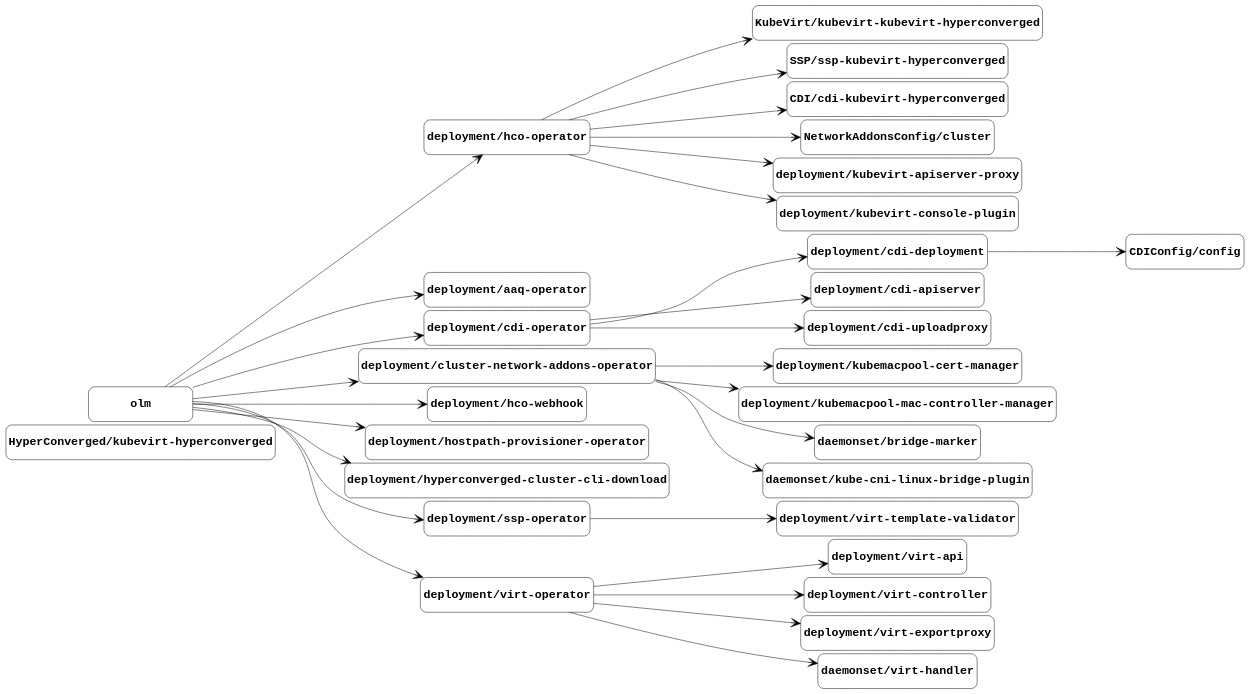
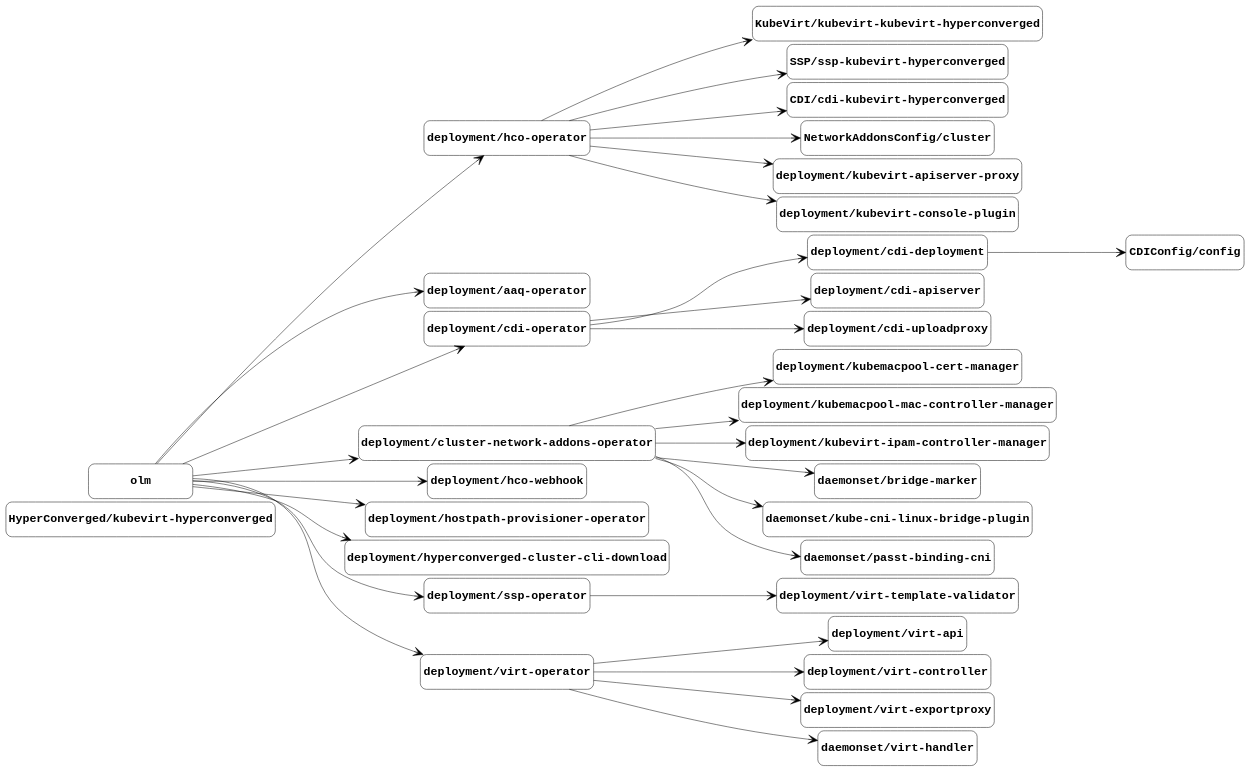
The diagram in docs/managed-by.gv (kubevirt/kubevirt), drawn with Graphviz before and after one commit. The commit also changed 3 other files, not shown here.

Commit message:
Update component graphs from the nightly job (#3193)

```diff
--- a/docs/managed-by.gv
+++ b/docs/managed-by.gv
@@ -1,90 +1,96 @@
 digraph "managed-by" {
 	graph [center=true margin=0.2 nodesep=0.1 rankdir=LR ranksep=2]
 	node [fontname="Courier-Bold" fontsize=24 height=1 shape=box style=rounded width=3]
 	edge [arrowhead=vee arrowsize=2]
 	"HyperConverged/kubevirt-hyperconverged" [label="HyperConverged/kubevirt-hyperconverged"]
 	"KubeVirt/kubevirt-kubevirt-hyperconverged" [label="KubeVirt/kubevirt-kubevirt-hyperconverged"]
 	"deployment/hco-operator" [label="deployment/hco-operator"]
 	"deployment/hco-operator" -> "KubeVirt/kubevirt-kubevirt-hyperconverged"
 	"SSP/ssp-kubevirt-hyperconverged" [label="SSP/ssp-kubevirt-hyperconverged"]
 	"deployment/hco-operator" [label="deployment/hco-operator"]
 	"deployment/hco-operator" -> "SSP/ssp-kubevirt-hyperconverged"
 	"CDI/cdi-kubevirt-hyperconverged" [label="CDI/cdi-kubevirt-hyperconverged"]
 	"deployment/hco-operator" [label="deployment/hco-operator"]
 	"deployment/hco-operator" -> "CDI/cdi-kubevirt-hyperconverged"
 	"CDIConfig/config" [label="CDIConfig/config"]
 	"deployment/cdi-deployment" [label="deployment/cdi-deployment"]
 	"deployment/cdi-deployment" -> "CDIConfig/config"
 	"NetworkAddonsConfig/cluster" [label="NetworkAddonsConfig/cluster"]
 	"deployment/hco-operator" [label="deployment/hco-operator"]
 	"deployment/hco-operator" -> "NetworkAddonsConfig/cluster"
 	"deployment/aaq-operator" [label="deployment/aaq-operator"]
 	olm [label=olm]
 	olm -> "deployment/aaq-operator"
 	"deployment/cdi-apiserver" [label="deployment/cdi-apiserver"]
 	"deployment/cdi-operator" [label="deployment/cdi-operator"]
 	"deployment/cdi-operator" -> "deployment/cdi-apiserver"
 	"deployment/cdi-deployment" [label="deployment/cdi-deployment"]
 	"deployment/cdi-operator" [label="deployment/cdi-operator"]
 	"deployment/cdi-operator" -> "deployment/cdi-deployment"
 	"deployment/cdi-operator" [label="deployment/cdi-operator"]
 	olm [label=olm]
 	olm -> "deployment/cdi-operator"
 	"deployment/cdi-uploadproxy" [label="deployment/cdi-uploadproxy"]
 	"deployment/cdi-operator" [label="deployment/cdi-operator"]
 	"deployment/cdi-operator" -> "deployment/cdi-uploadproxy"
 	"deployment/cluster-network-addons-operator" [label="deployment/cluster-network-addons-operator"]
 	olm [label=olm]
 	olm -> "deployment/cluster-network-addons-operator"
 	"deployment/hco-operator" [label="deployment/hco-operator"]
 	olm [label=olm]
 	olm -> "deployment/hco-operator"
 	"deployment/hco-webhook" [label="deployment/hco-webhook"]
 	olm [label=olm]
 	olm -> "deployment/hco-webhook"
 	"deployment/hostpath-provisioner-operator" [label="deployment/hostpath-provisioner-operator"]
 	olm [label=olm]
 	olm -> "deployment/hostpath-provisioner-operator"
 	"deployment/hyperconverged-cluster-cli-download" [label="deployment/hyperconverged-cluster-cli-download"]
 	olm [label=olm]
 	olm -> "deployment/hyperconverged-cluster-cli-download"
 	"deployment/kubemacpool-cert-manager" [label="deployment/kubemacpool-cert-manager"]
 	"deployment/cluster-network-addons-operator" [label="deployment/cluster-network-addons-operator"]
 	"deployment/cluster-network-addons-operator" -> "deployment/kubemacpool-cert-manager"
 	"deployment/kubemacpool-mac-controller-manager" [label="deployment/kubemacpool-mac-controller-manager"]
 	"deployment/cluster-network-addons-operator" [label="deployment/cluster-network-addons-operator"]
 	"deployment/cluster-network-addons-operator" -> "deployment/kubemacpool-mac-controller-manager"
 	"deployment/kubevirt-apiserver-proxy" [label="deployment/kubevirt-apiserver-proxy"]
 	"deployment/hco-operator" [label="deployment/hco-operator"]
 	"deployment/hco-operator" -> "deployment/kubevirt-apiserver-proxy"
 	"deployment/kubevirt-console-plugin" [label="deployment/kubevirt-console-plugin"]
 	"deployment/hco-operator" [label="deployment/hco-operator"]
 	"deployment/hco-operator" -> "deployment/kubevirt-console-plugin"
+	"deployment/kubevirt-ipam-controller-manager" [label="deployment/kubevirt-ipam-controller-manager"]
+	"deployment/cluster-network-addons-operator" [label="deployment/cluster-network-addons-operator"]
+	"deployment/cluster-network-addons-operator" -> "deployment/kubevirt-ipam-controller-manager"
 	"deployment/ssp-operator" [label="deployment/ssp-operator"]
 	olm [label=olm]
 	olm -> "deployment/ssp-operator"
 	"deployment/virt-api" [label="deployment/virt-api"]
 	"deployment/virt-operator" [label="deployment/virt-operator"]
 	"deployment/virt-operator" -> "deployment/virt-api"
 	"deployment/virt-controller" [label="deployment/virt-controller"]
 	"deployment/virt-operator" [label="deployment/virt-operator"]
 	"deployment/virt-operator" -> "deployment/virt-controller"
 	"deployment/virt-exportproxy" [label="deployment/virt-exportproxy"]
 	"deployment/virt-operator" [label="deployment/virt-operator"]
 	"deployment/virt-operator" -> "deployment/virt-exportproxy"
 	"deployment/virt-operator" [label="deployment/virt-operator"]
 	olm [label=olm]
 	olm -> "deployment/virt-operator"
 	"deployment/virt-template-validator" [label="deployment/virt-template-validator"]
 	"deployment/ssp-operator" [label="deployment/ssp-operator"]
 	"deployment/ssp-operator" -> "deployment/virt-template-validator"
 	"daemonset/bridge-marker" [label="daemonset/bridge-marker"]
 	"deployment/cluster-network-addons-operator" [label="deployment/cluster-network-addons-operator"]
 	"deployment/cluster-network-addons-operator" -> "daemonset/bridge-marker"
 	"daemonset/kube-cni-linux-bridge-plugin" [label="daemonset/kube-cni-linux-bridge-plugin"]
 	"deployment/cluster-network-addons-operator" [label="deployment/cluster-network-addons-operator"]
 	"deployment/cluster-network-addons-operator" -> "daemonset/kube-cni-linux-bridge-plugin"
+	"daemonset/passt-binding-cni" [label="daemonset/passt-binding-cni"]
+	"deployment/cluster-network-addons-operator" [label="deployment/cluster-network-addons-operator"]
+	"deployment/cluster-network-addons-operator" -> "daemonset/passt-binding-cni"
 	"daemonset/virt-handler" [label="daemonset/virt-handler"]
 	"deployment/virt-operator" [label="deployment/virt-operator"]
 	"deployment/virt-operator" -> "daemonset/virt-handler"
 }
```
